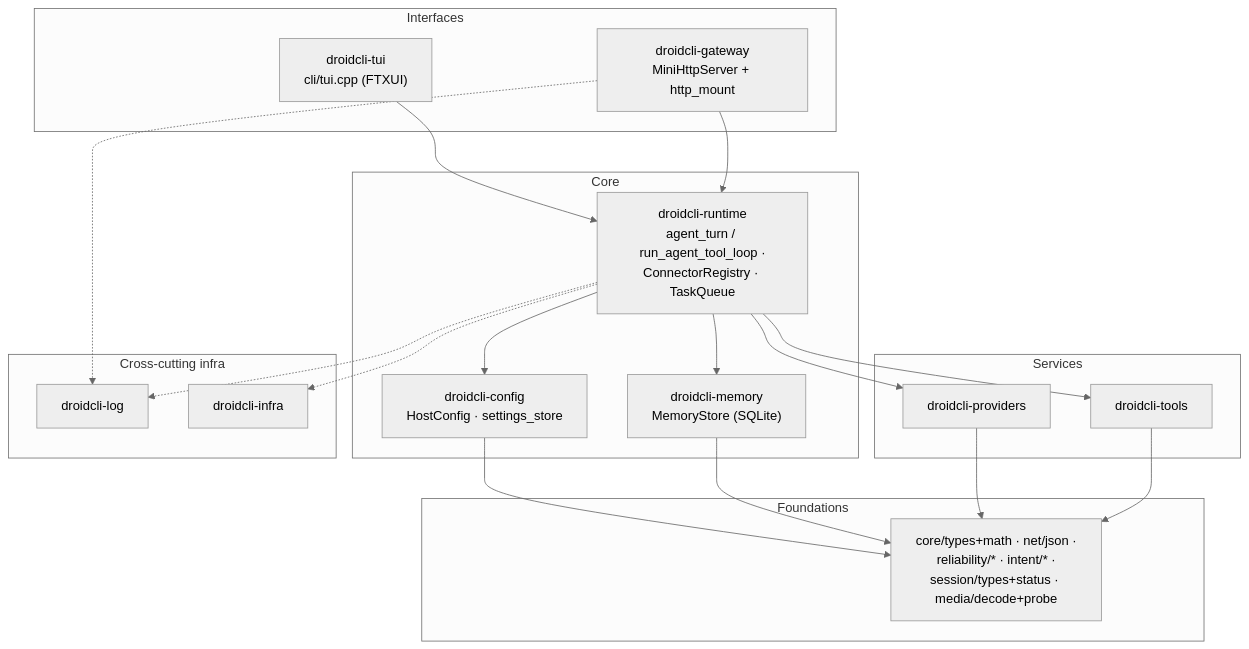
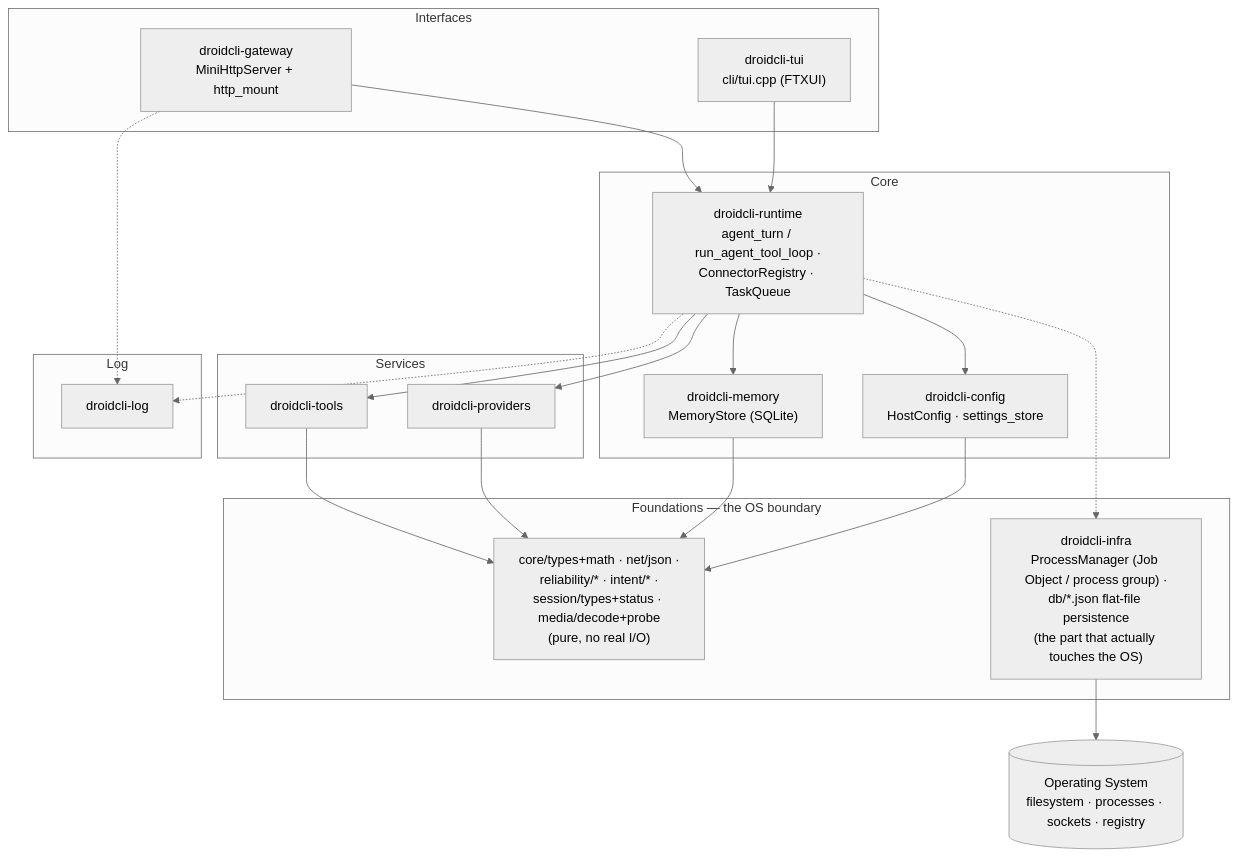
Before and after one commit to vecnode/droidcli: the second of 6 diagrams in ARCHITECTURE.md, drawn with Mermaid (neutral theme). The commit also changed other lines of this file, not shown here.

First line of the commit message:
Move droidcli-infra into Foundations as the OS-boundary layer

````diff
--- a/ARCHITECTURE.md
+++ b/ARCHITECTURE.md
@@ -164,41 +164,44 @@
 ```mermaid
 flowchart TB
     subgraph L5["Interfaces"]
         GATEWAY["droidcli-gateway\nMiniHttpServer + http_mount"]
         TUI["droidcli-tui\ncli/tui.cpp (FTXUI)"]
     end
 
     subgraph L4["Core"]
         RUNTIME["droidcli-runtime\nagent_turn / run_agent_tool_loop ·\nConnectorRegistry · TaskQueue"]
         MEMORY["droidcli-memory\nMemoryStore (SQLite)"]
         CONFIG["droidcli-config\nHostConfig · settings_store"]
         RUNTIME --> MEMORY
         RUNTIME --> CONFIG
     end
 
     subgraph L3["Services"]
         TOOLS["droidcli-tools"]
         PROVIDERS["droidcli-providers"]
     end
 
-    subgraph L2["Cross-cutting infra"]
+    subgraph LOGL["Log"]
         LOGM["droidcli-log"]
-        INFRA["droidcli-infra"]
     end
 
-    subgraph L1["Foundations"]
-        FOUND["core/types+math · net/json ·\nreliability/* · intent/* ·\nsession/types+status · media/decode+probe"]
+    subgraph L1["Foundations — the OS boundary"]
+        FOUND["core/types+math · net/json ·\nreliability/* · intent/* ·\nsession/types+status · media/decode+probe\n(pure, no real I/O)"]
+        INFRA["droidcli-infra\nProcessManager (Job Object / process group) ·\ndb/*.json flat-file persistence\n(the part that actually touches the OS)"]
     end
+
+    OS[("Operating System\nfilesystem · processes · sockets · registry")]
 
     GATEWAY --> RUNTIME
     TUI --> RUNTIME
     RUNTIME --> TOOLS
     RUNTIME --> PROVIDERS
     TOOLS --> FOUND
     PROVIDERS --> FOUND
     MEMORY --> FOUND
     CONFIG --> FOUND
     RUNTIME -.-> LOGM
     RUNTIME -.-> INFRA
     GATEWAY -.-> LOGM
+    INFRA --> OS
 ```
````
